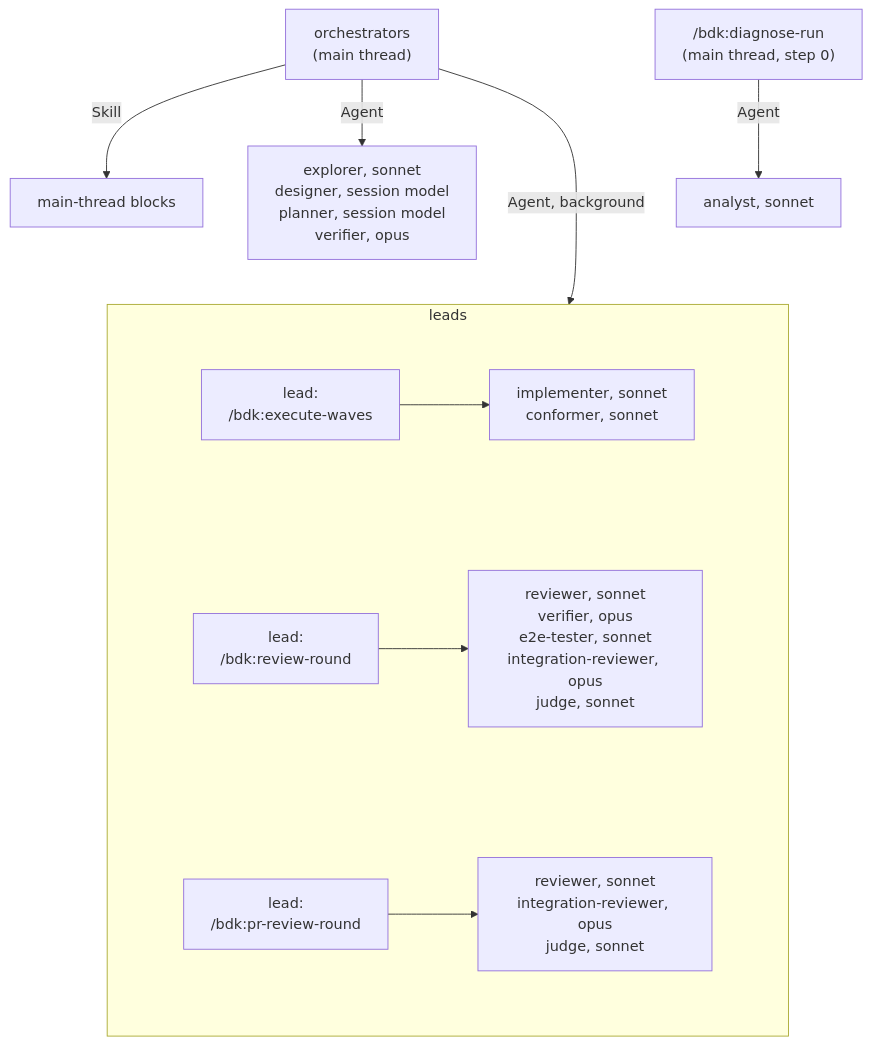
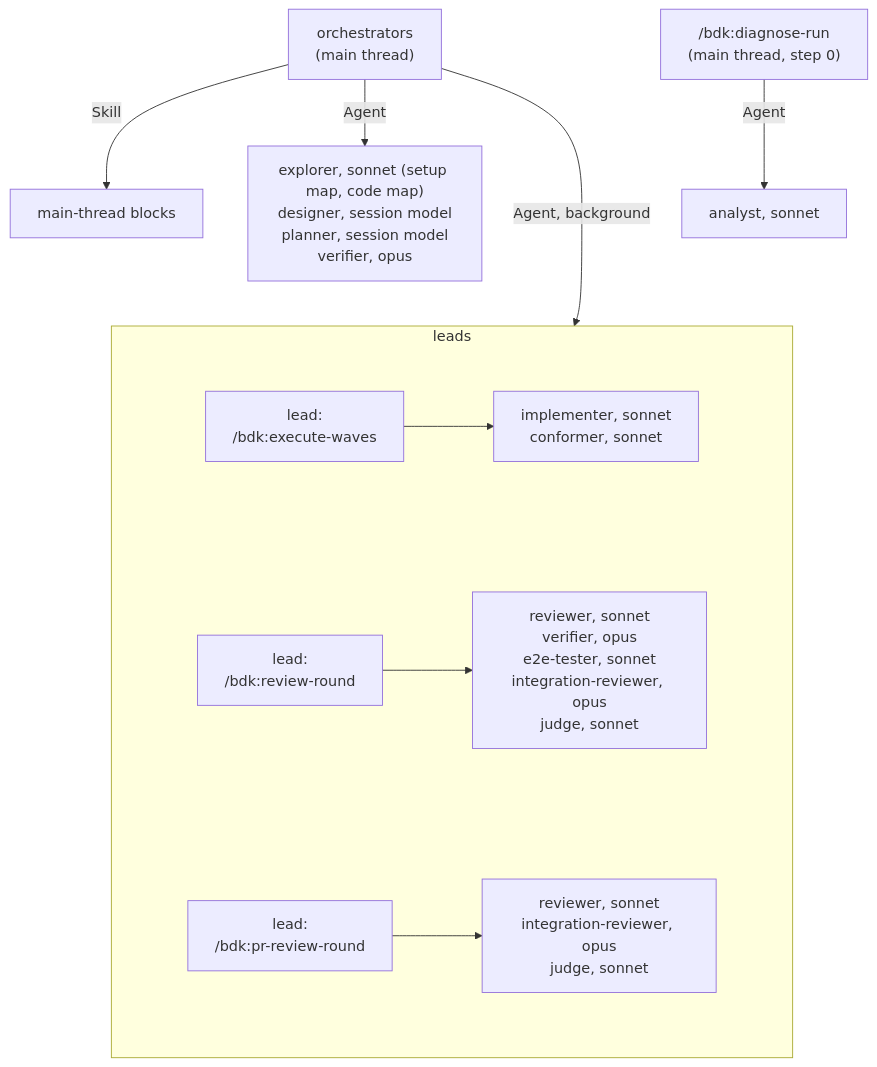
The diagram in docs/concepts/agents.md (broneq/bdk), drawn with Mermaid before and after one commit. The commit also changed other lines of this file and 78 other files, not shown here.

First line of the commit message:
feat(skills): map the project before setup writes checks and report every left-out tool

````diff
--- a/docs/concepts/agents.md
+++ b/docs/concepts/agents.md
@@ -11,29 +11,29 @@
 ```mermaid
 flowchart TB
   O["orchestrators<br/>(main thread)"]
   O -->|"Skill"| MB["main-thread blocks"]
-  O -->|"Agent"| AG["explorer, sonnet<br/>designer, session model<br/>planner, session model<br/>verifier, opus"]
+  O -->|"Agent"| AG["explorer, sonnet (setup map, code map)<br/>designer, session model<br/>planner, session model<br/>verifier, opus"]
   D["/bdk:diagnose-run<br/>(main thread, step 0)"]
   D -->|"Agent"| AN["analyst, sonnet"]
   O -->|"Agent, background"| LEADS
   AG ~~~ LEADS
   subgraph LEADS["leads"]
     direction TB
     subgraph S1[" "]
       direction LR
       L1["lead:<br/>/bdk:execute-waves"] --> W1["implementer, sonnet<br/>conformer, sonnet"]
     end
     subgraph S2[" "]
       direction LR
       L2["lead:<br/>/bdk:review-round"] --> W2["reviewer, sonnet<br/>verifier, opus<br/>e2e-tester, sonnet<br/>integration-reviewer, opus<br/>judge, sonnet"]
     end
     subgraph S3[" "]
       direction LR
       L3["lead:<br/>/bdk:pr-review-round"] --> W3["reviewer, sonnet<br/>integration-reviewer, opus<br/>judge, sonnet"]
     end
     S1 ~~~ S2 ~~~ S3
   end
   style S1 fill:transparent,stroke:transparent
   style S2 fill:transparent,stroke:transparent
   style S3 fill:transparent,stroke:transparent
 ```
````
